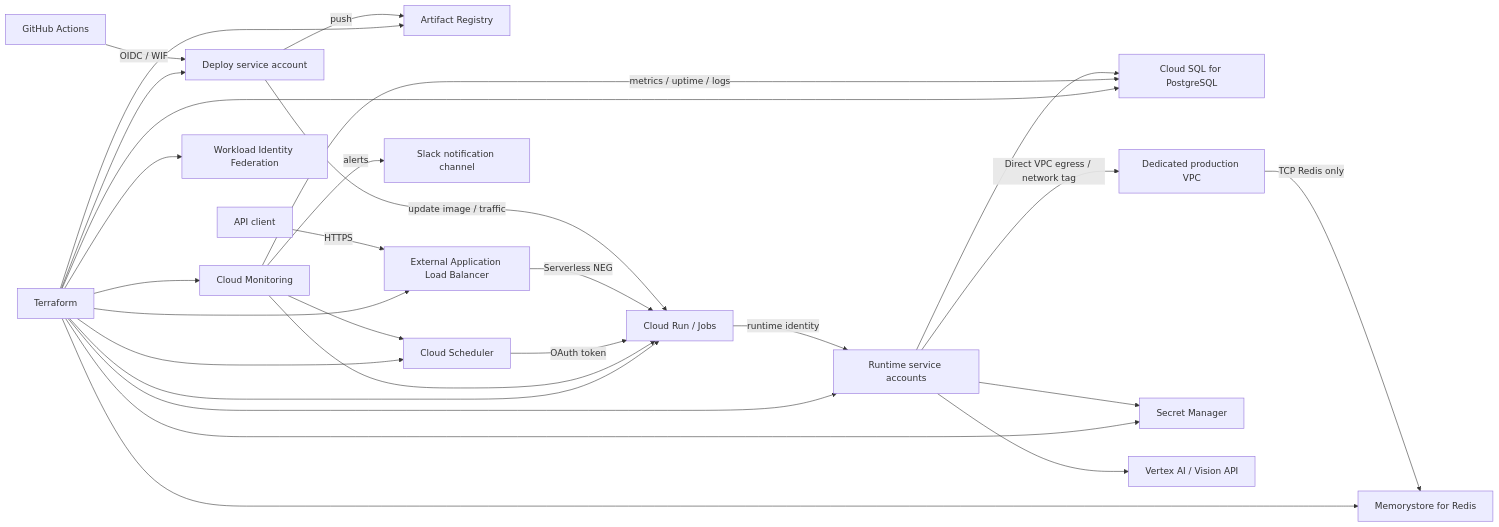
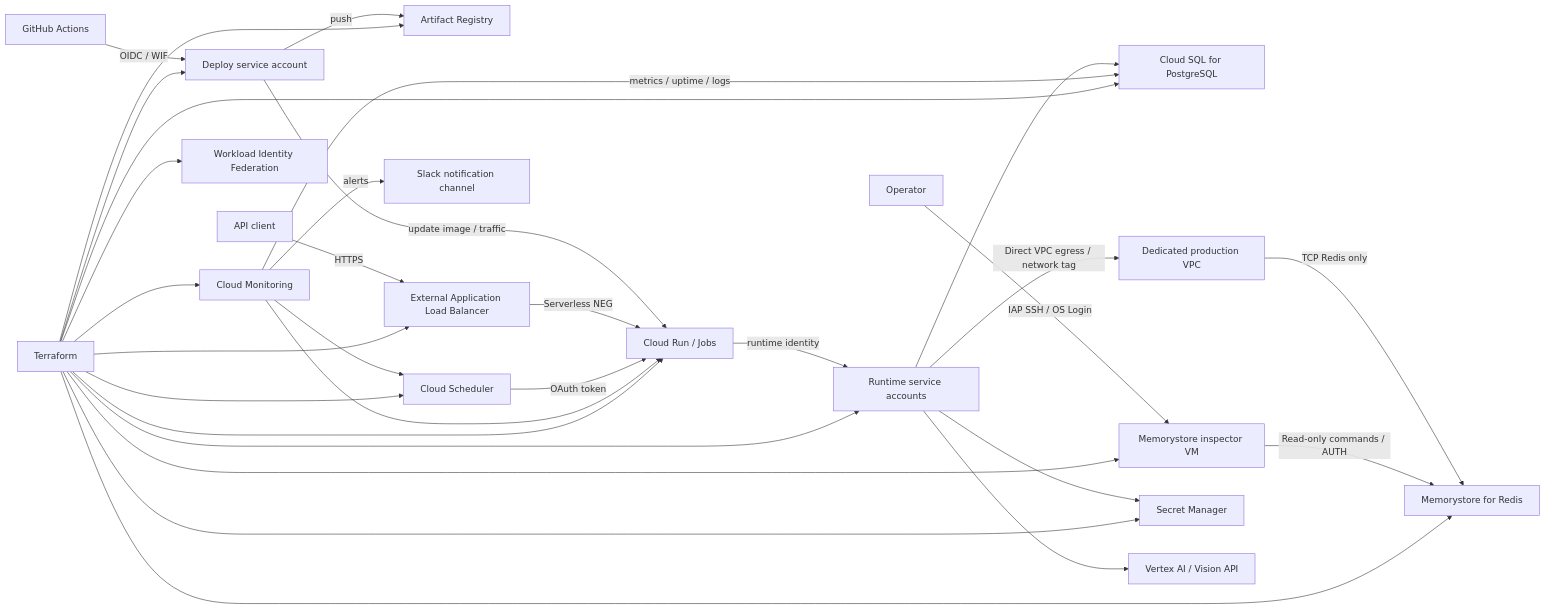
Before and after one commit to UCHIDAnobuhiro/stock-infra: the diagram in README.md, drawn with Mermaid. The commit also changed other lines of this file and 11 other files, not shown here.

````diff
--- a/README.md
+++ b/README.md
@@ -18,30 +18,33 @@
 ```mermaid
 flowchart LR
     GH["GitHub Actions"] -->|"OIDC / WIF"| DEPLOYER["Deploy service account"]
     DEPLOYER -->|"push"| AR["Artifact Registry"]
     DEPLOYER -->|"update image / traffic"| RUN["Cloud Run / Jobs"]
     CLIENT["API client"] -->|"HTTPS"| LB["External Application Load Balancer"]
     LB -->|"Serverless NEG"| RUN
     RUN -->|"runtime identity"| RUNTIME["Runtime service accounts"]
     RUNTIME --> SQL["Cloud SQL for PostgreSQL"]
     RUNTIME -->|"Direct VPC egress / network tag"| VPC["Dedicated production VPC"]
     VPC -->|"TCP Redis only"| REDIS["Memorystore for Redis"]
+    OPERATOR["Operator"] -->|"IAP SSH / OS Login"| INSPECTOR["Memorystore inspector VM"]
+    INSPECTOR -->|"Read-only commands / AUTH"| REDIS
     RUNTIME --> SECRETS["Secret Manager"]
     RUNTIME --> AI["Vertex AI / Vision API"]
     SCHED["Cloud Scheduler"] -->|"OAuth token"| RUN
     MON["Cloud Monitoring"] -->|"metrics / uptime / logs"| SQL
     MON --> RUN
     MON --> SCHED
     MON -->|"alerts"| SLACK["Slack notification channel"]
     TF["Terraform"] --> SQL
     TF --> REDIS
     TF --> AR
     TF --> SECRETS
     TF --> RUNTIME
     TF --> DEPLOYER
     TF --> WIF["Workload Identity Federation"]
     TF --> RUN
     TF --> LB
     TF --> SCHED
     TF --> MON
+    TF --> INSPECTOR
 ```
````
